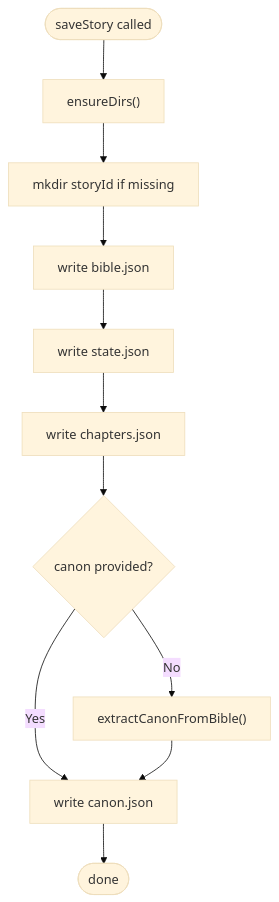
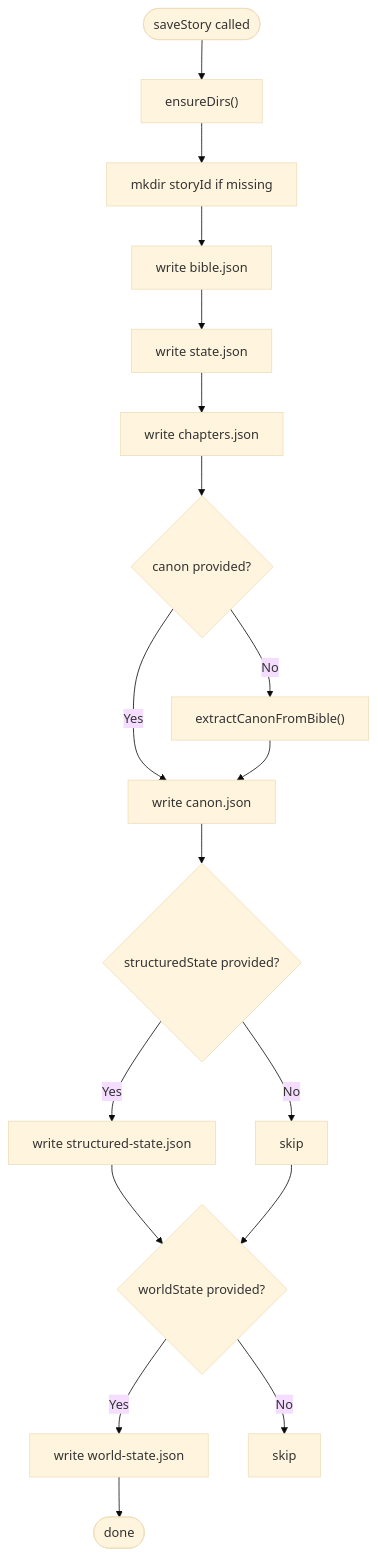
The third of 8 diagrams in .qoder/repowiki/en/content/Story Management System/Local Storage & Persistence.md (liwonder/NARRITIVE_OS), drawn with Mermaid (base theme) before and after one commit. The commit also changed other lines of this file and 12 other files, not shown here.

````diff
--- a/.qoder/repowiki/en/content/Story Management System/Local Storage & Persistence.md
+++ b/.qoder/repowiki/en/content/Story Management System/Local Storage & Persistence.md
@@ -164,13 +206,20 @@
 ```mermaid
 flowchart TD
 Start(["saveStory called"]) --> Ensure["ensureDirs()"]
 Ensure --> MakeStoryDir["mkdir storyId if missing"]
 MakeStoryDir --> WriteBible["write bible.json"]
 WriteBible --> WriteState["write state.json"]
 WriteState --> WriteChapters["write chapters.json"]
 WriteChapters --> CanonCheck{"canon provided?"}
 CanonCheck --> |Yes| WriteCanon["write canon.json"]
 CanonCheck --> |No| Extract["extractCanonFromBible()"]
 Extract --> WriteCanon
-WriteCanon --> End(["done"])
+WriteCanon --> StructuredCheck{"structuredState provided?"}
+StructuredCheck --> |Yes| WriteStructured["write structured-state.json"]
+StructuredCheck --> |No| SkipStructured["skip"]
+WriteStructured --> WorldCheck{"worldState provided?"}
+SkipStructured --> WorldCheck
+WorldCheck --> |Yes| WriteWorld["write world-state.json"]
+WorldCheck --> |No| SkipWorld["skip"]
+WriteWorld --> End(["done"])
 ```
````
